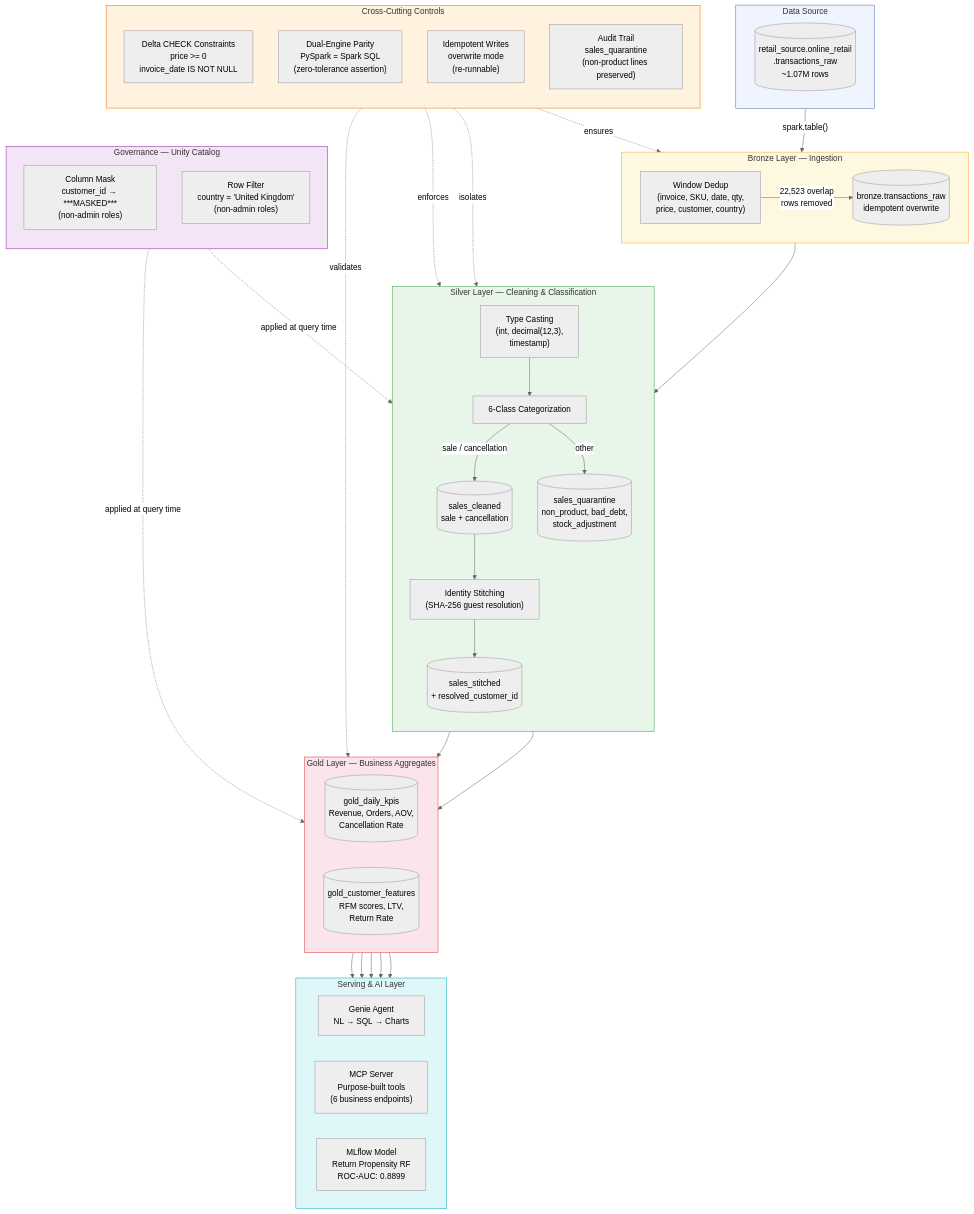
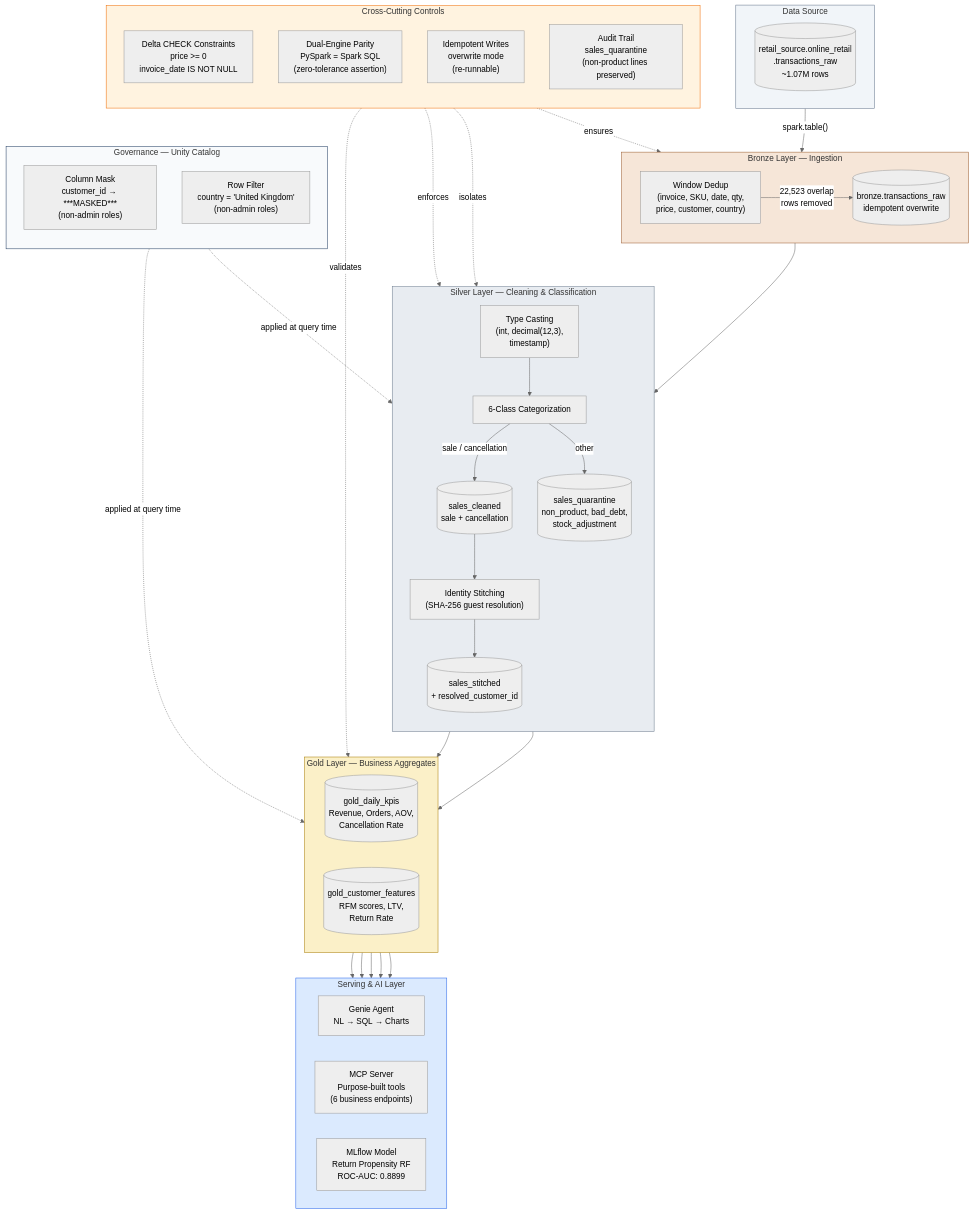
The first of 3 diagrams in assets/architecture_diagram.md (slysik/databricks-eda), drawn with Mermaid (neutral theme) before and after one commit. The commit also changed other lines of this file and 7 other files, not shown here.

First line of the commit message:
Replace architecture diagram; add token-driven design system

````diff
--- a/assets/architecture_diagram.md
+++ b/assets/architecture_diagram.md
@@ -81,11 +83,11 @@
     X3 -.->|"ensures"| B2
     X4 -.->|"isolates"| S3B
 
-    style L0 fill:#f0f4ff,stroke:#4a6fa5
-    style L1 fill:#fff8e1,stroke:#f9a825
-    style L2 fill:#e8f5e9,stroke:#43a047
-    style L3 fill:#fce4ec,stroke:#e53935
-    style L4 fill:#f3e5f5,stroke:#8e24aa
-    style L5 fill:#e0f7fa,stroke:#00acc1
+    style L0 fill:#f1f5f9,stroke:#64748b
+    style L1 fill:#f6e6d8,stroke:#9a5b2e
+    style L2 fill:#e8ecf1,stroke:#6b7a8d
+    style L3 fill:#fbf0c8,stroke:#a87b00
+    style L4 fill:#f8fafc,stroke:#1e3a5f
+    style L5 fill:#dbeafe,stroke:#2563eb
     style XC fill:#fff3e0,stroke:#ef6c00
 ```
````
